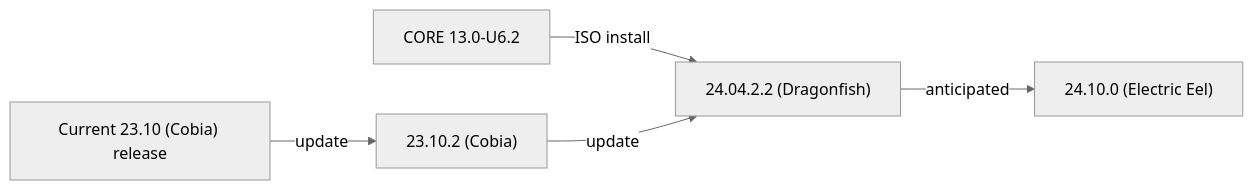
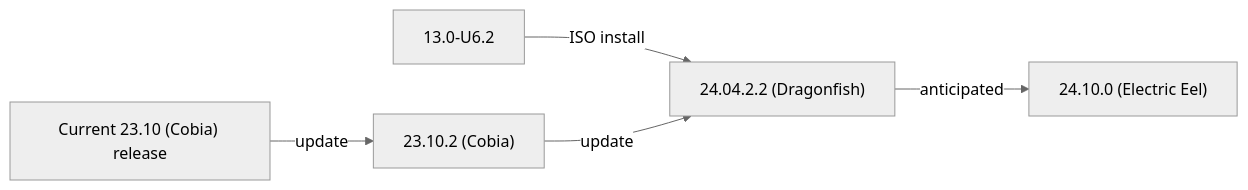
Before and after one commit to truenas/documentation: the second of 2 diagrams in static/includes/SCALEUpgradePaths.md, drawn with Mermaid (neutral theme). The commit also changed other lines of this file and 23 other files, not shown here.

```diff
--- a/static/includes/SCALEUpgradePaths.md
+++ b/static/includes/SCALEUpgradePaths.md
@@ -65,8 +65,8 @@
           {{< mermaid class="mermaid_sizing" >}}
           flowchart LR
-            A["CORE 13.0-U6.2"] -->|ISO install| D
+            A["13.0-U6.2"] -->|ISO install| D
             B["Current 23.10 (Cobia) release"] -->|update| C
             C["23.10.2 (Cobia)"] -->|update| D
             D["24.04.2.2 (Dragonfish)"]  -->|anticipated| E
             E["24.10.0 (Electric Eel)"]
           {{< /mermaid >}}
```
